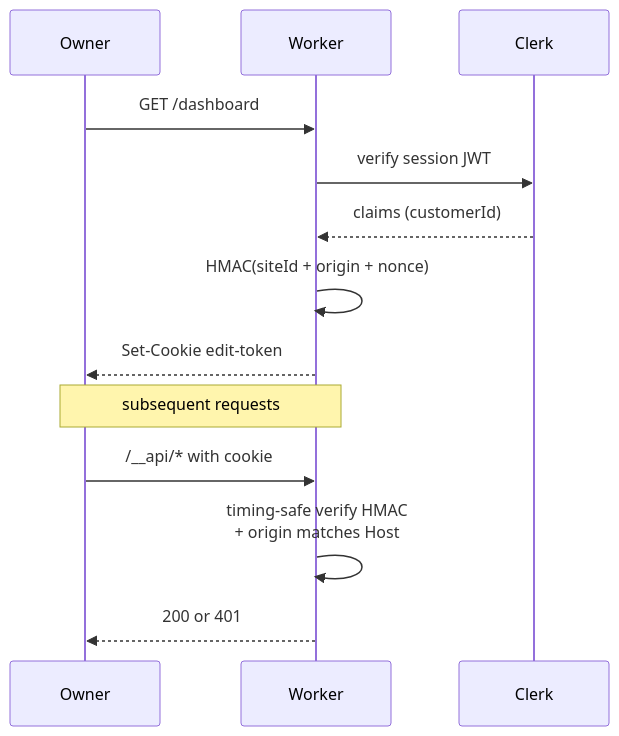
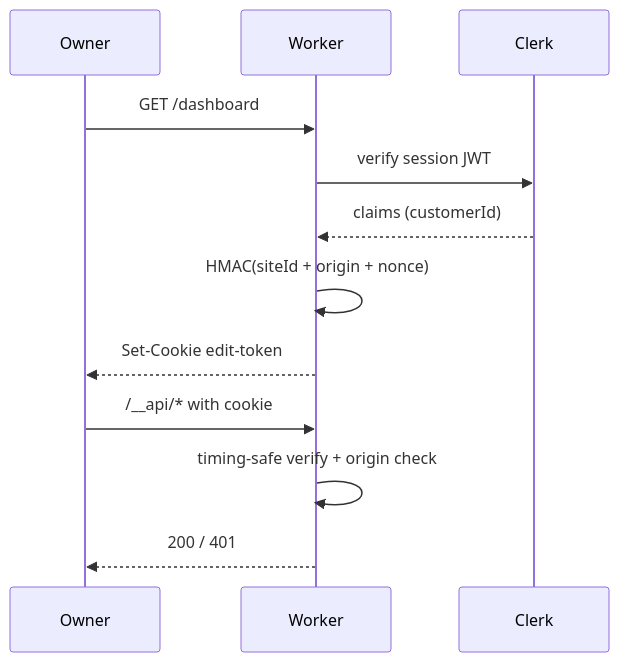
Diagram 11 of 35 in docs/demo/diagrams/live-draw-reference.md (aayushman-singh/open-canvas), drawn with Mermaid before and after one commit. The commit also changed other lines of this file and 1 other file, not shown here.

````diff
--- a/docs/demo/diagrams/live-draw-reference.md
+++ b/docs/demo/diagrams/live-draw-reference.md
@@ -373,15 +367,14 @@
 ```mermaid
 sequenceDiagram
   participant Owner
   participant W as Worker
   participant Clerk
   Owner->>W: GET /dashboard
   W->>Clerk: verify session JWT
   Clerk-->>W: claims (customerId)
   W->>W: HMAC(siteId + origin + nonce)
   W-->>Owner: Set-Cookie edit-token
-  Note over Owner,W: subsequent requests
   Owner->>W: /__api/* with cookie
-  W->>W: timing-safe verify HMAC<br/>+ origin matches Host
-  W-->>Owner: 200 or 401
+  W->>W: timing-safe verify + origin check
+  W-->>Owner: 200 / 401
 ```
````
